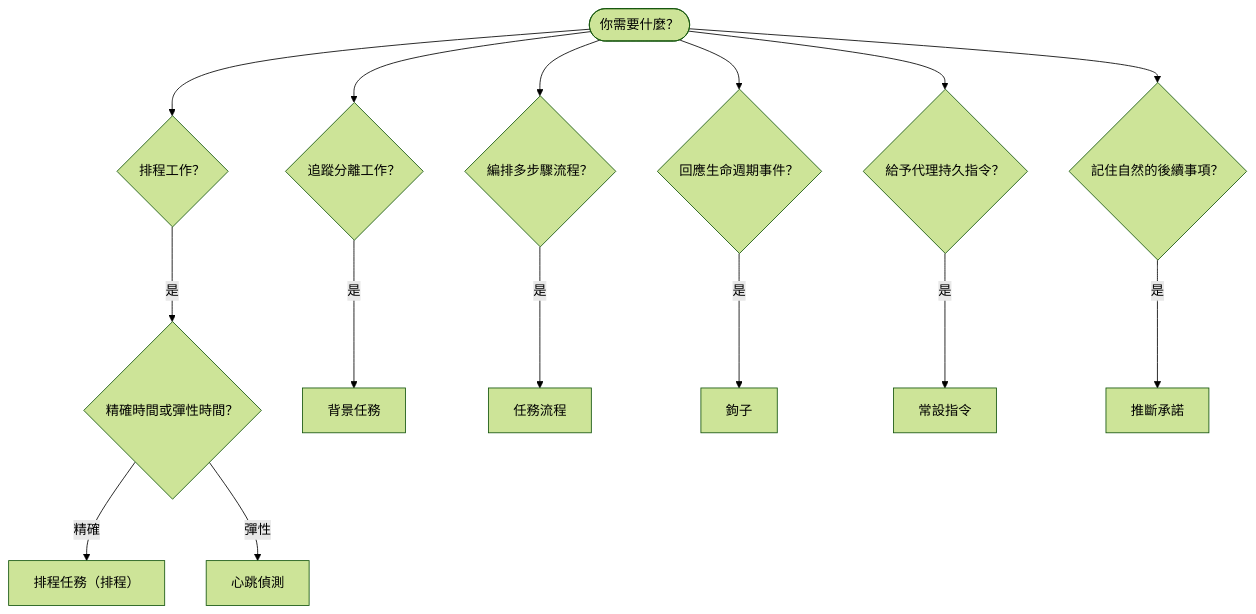
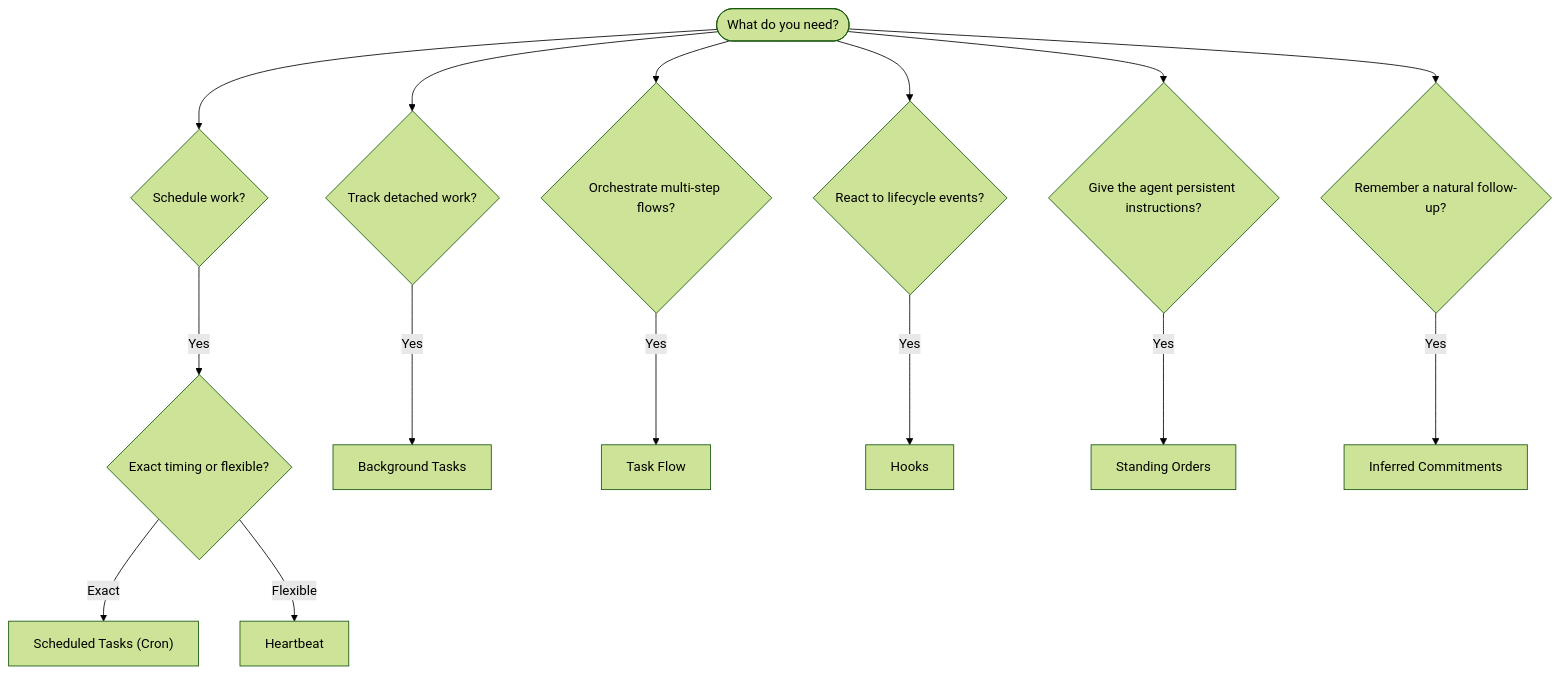
The diagram in docs/zh-TW/automation/index.md (openclaw/docs), drawn with Mermaid (forest theme) before and after one commit. The commit also changed other lines of this file and 11240 other files, not shown here.

````diff
--- a/docs/zh-TW/automation/index.md
+++ b/docs/zh-TW/automation/index.md
@@ -23,19 +23,19 @@
 ```mermaid
 flowchart TD
-    START([你需要什麼？]) --> Q1{排程工作？}
-    START --> Q2{追蹤分離工作？}
-    START --> Q3{編排多步驟流程？}
-    START --> Q4{回應生命週期事件？}
-    START --> Q5{給予代理持久指令？}
-    START --> Q6{記住自然的後續事項？}
+    START([What do you need?]) --> Q1{Schedule work?}
+    START --> Q2{Track detached work?}
+    START --> Q3{Orchestrate multi-step flows?}
+    START --> Q4{React to lifecycle events?}
+    START --> Q5{Give the agent persistent instructions?}
+    START --> Q6{Remember a natural follow-up?}
 
-    Q1 -->|是| Q1a{精確時間或彈性時間？}
-    Q1a -->|精確| CRON["排程任務（排程）"]
-    Q1a -->|彈性| HEARTBEAT[心跳偵測]
+    Q1 -->|Yes| Q1a{Exact timing or flexible?}
+    Q1a -->|Exact| CRON["Scheduled Tasks (Cron)"]
+    Q1a -->|Flexible| HEARTBEAT[Heartbeat]
 
-    Q2 -->|是| TASKS[背景任務]
-    Q3 -->|是| FLOW[任務流程]
-    Q4 -->|是| HOOKS[鉤子]
-    Q5 -->|是| SO[常設指令]
-    Q6 -->|是| COMMITMENTS[推斷承諾]
+    Q2 -->|Yes| TASKS[Background Tasks]
+    Q3 -->|Yes| FLOW[Task Flow]
+    Q4 -->|Yes| HOOKS[Hooks]
+    Q5 -->|Yes| SO[Standing Orders]
+    Q6 -->|Yes| COMMITMENTS[Inferred Commitments]
 ```
````
